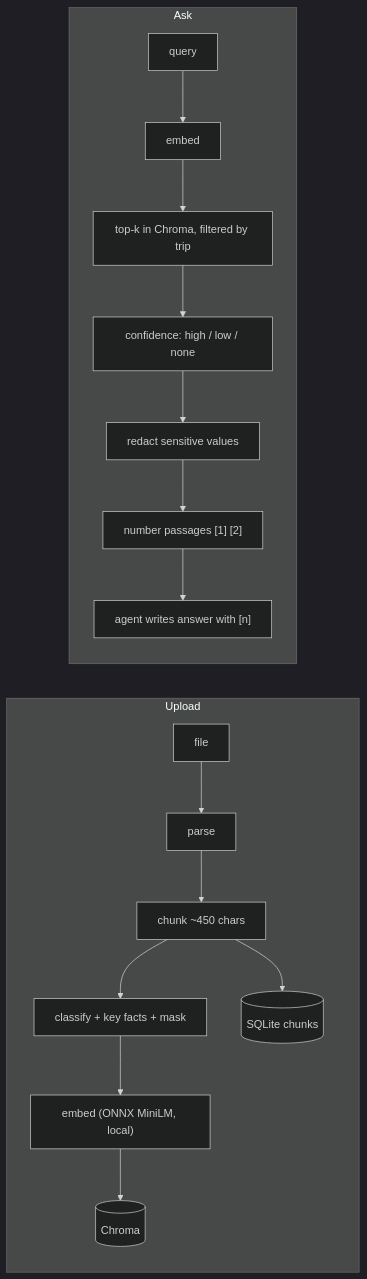
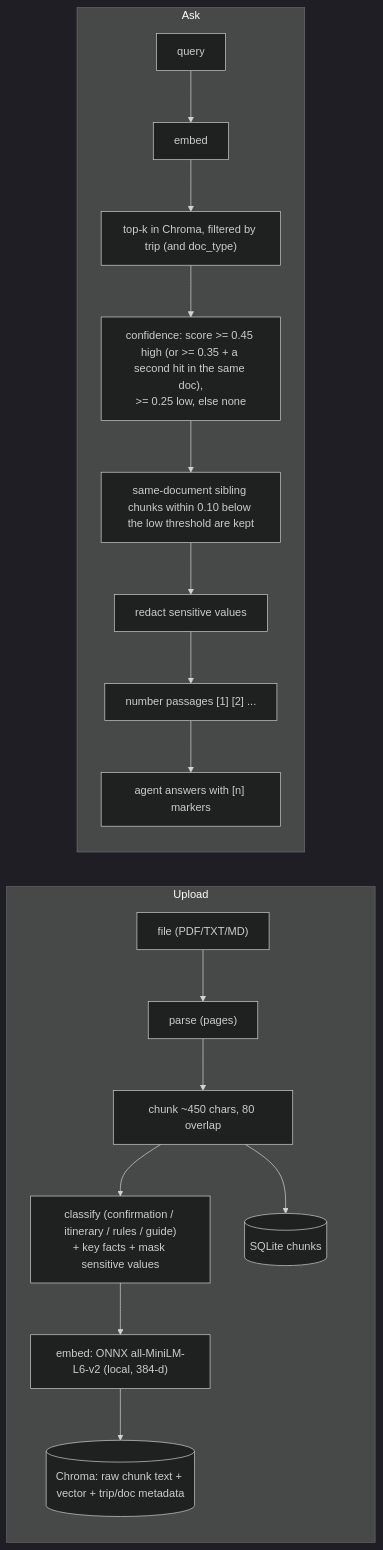
Before and after one commit to nitbaby/trip-mate: the third of 3 diagrams in docs/ARCHITECTURE.md, drawn with Mermaid (dark theme). The commit also changed other lines of this file, not shown here.

Commit message:
Architecture doc: current components, full block diagram, updated chat-turn and RAG flows, LLM layer, data model, config

````diff
--- a/docs/ARCHITECTURE.md
+++ b/docs/ARCHITECTURE.md
@@ -69,12 +101,14 @@
 ```mermaid
 flowchart LR
   subgraph Upload
-    F["file"] --> Pa["parse"] --> Ch["chunk ~450 chars"] --> Cl["classify + key facts + mask"]
-    Cl --> Em["embed (ONNX MiniLM, local)"] --> Ch2[("Chroma")]
+    F["file (PDF/TXT/MD)"] --> Pa["parse (pages)"] --> Ch["chunk ~450 chars, 80 overlap"] --> Cl["classify (confirmation / itinerary / rules / guide)<br/>+ key facts + mask sensitive values"]
+    Cl --> Em["embed: ONNX all-MiniLM-L6-v2 (local, 384-d)"] --> CHr[("Chroma: raw chunk text + vector + trip/doc metadata")]
     Ch --> Sq[("SQLite chunks")]
   end
   subgraph Ask
-    Qe["query"] --> Eq["embed"] --> Kn["top-k in Chroma, filtered by trip"] --> Cf["confidence: high / low / none"]
-    Cf --> Rd["redact sensitive values"] --> Nm["number passages [1] [2]"] --> Ag["agent writes answer with [n]"]
+    Qe["query"] --> Eq["embed"] --> Kn["top-k in Chroma, filtered by trip (and doc_type)"]
+    Kn --> Cf["confidence: score >= 0.45 high (or >= 0.35 + a second hit in the same doc),<br/>>= 0.25 low, else none"]
+    Cf --> Sib["same-document sibling chunks within 0.10 below the low threshold are kept"]
+    Sib --> Rd["redact sensitive values"] --> Nm["number passages [1] [2] ..."] --> Ag["agent answers with [n] markers"]
   end
 ```
````
